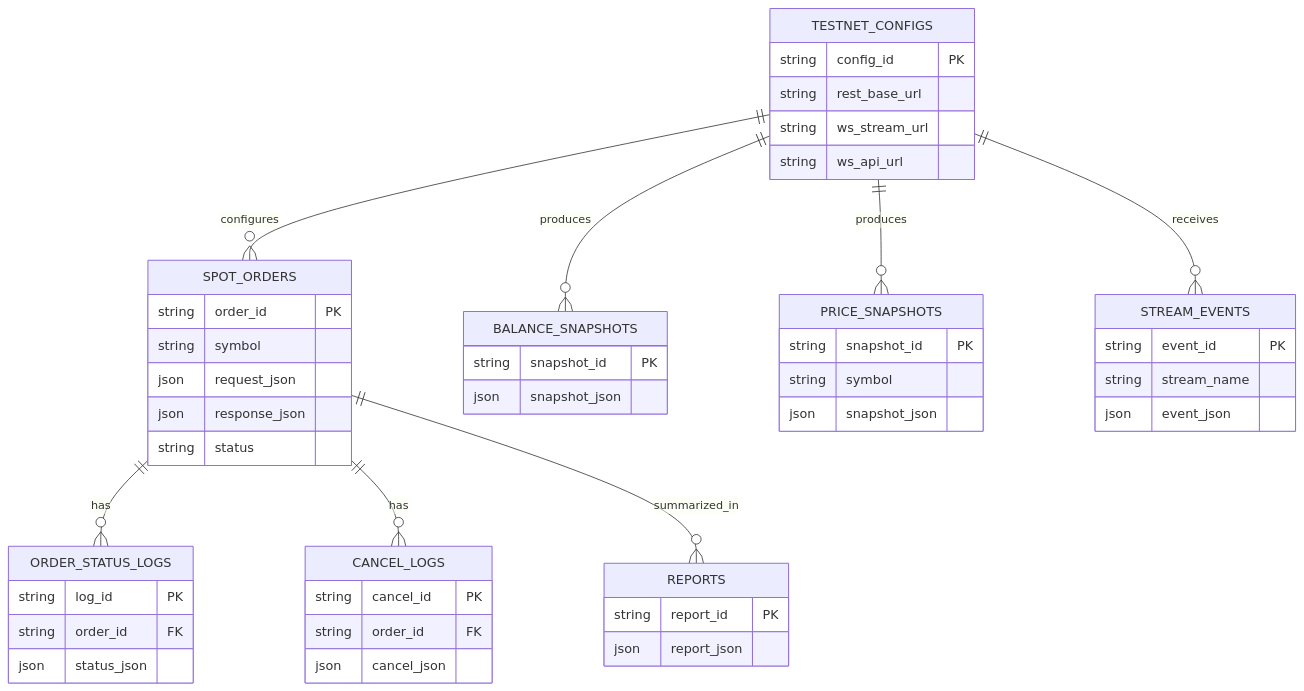
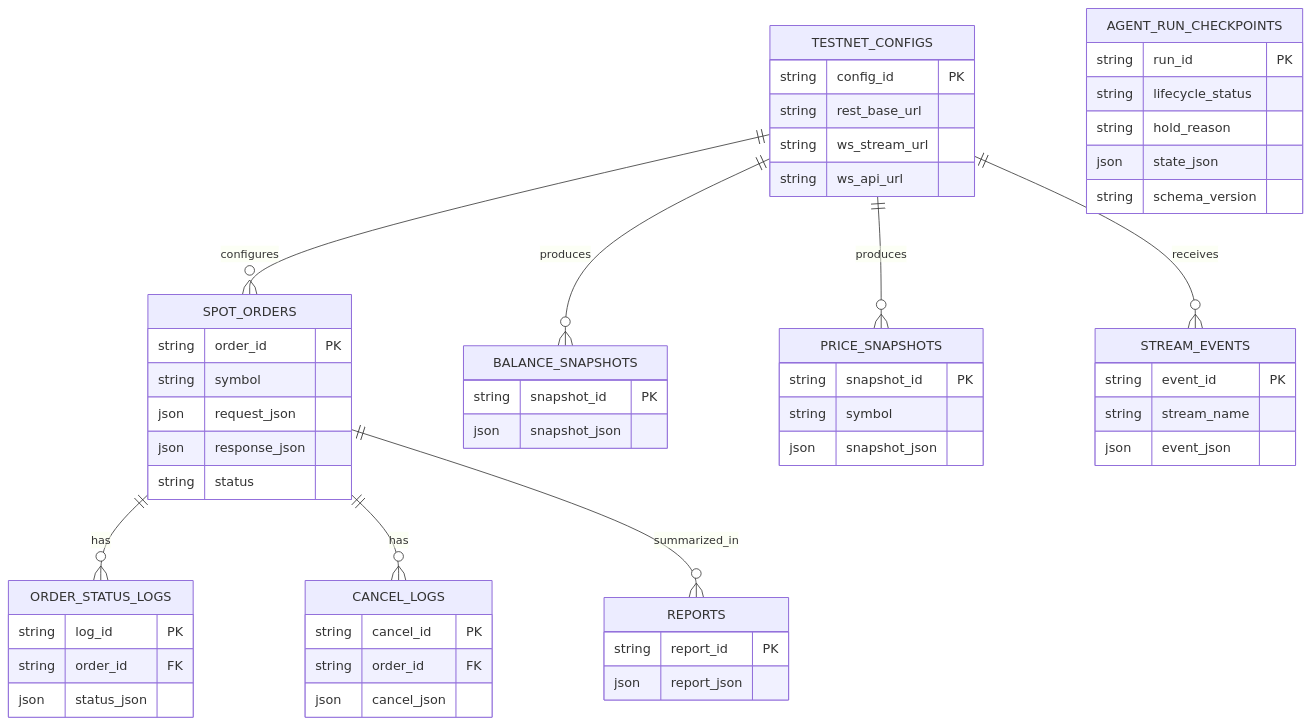
The diagram in DATA.md (UpstageAI/sw-maestro-project), drawn with Mermaid before and after one commit. The commit also changed other lines of this file and 8 other files, not shown here.

````diff
--- a/DATA.md
+++ b/DATA.md
@@ -471,52 +551,59 @@
 ```mermaid
 erDiagram
     TESTNET_CONFIGS ||--o{ SPOT_ORDERS : configures
     SPOT_ORDERS ||--o{ ORDER_STATUS_LOGS : has
     SPOT_ORDERS ||--o{ CANCEL_LOGS : has
     TESTNET_CONFIGS ||--o{ BALANCE_SNAPSHOTS : produces
     TESTNET_CONFIGS ||--o{ PRICE_SNAPSHOTS : produces
     TESTNET_CONFIGS ||--o{ STREAM_EVENTS : receives
     SPOT_ORDERS ||--o{ REPORTS : summarized_in
 
     TESTNET_CONFIGS {
       string config_id PK
       string rest_base_url
       string ws_stream_url
       string ws_api_url
     }
     SPOT_ORDERS {
       string order_id PK
       string symbol
       json request_json
       json response_json
       string status
     }
     ORDER_STATUS_LOGS {
       string log_id PK
       string order_id FK
       json status_json
     }
     CANCEL_LOGS {
       string cancel_id PK
       string order_id FK
       json cancel_json
     }
     BALANCE_SNAPSHOTS {
       string snapshot_id PK
       json snapshot_json
     }
     PRICE_SNAPSHOTS {
       string snapshot_id PK
       string symbol
       json snapshot_json
     }
     STREAM_EVENTS {
       string event_id PK
       string stream_name
       json event_json
     }
     REPORTS {
       string report_id PK
       json report_json
     }
+    AGENT_RUN_CHECKPOINTS {
+      string run_id PK
+      string lifecycle_status
+      string hold_reason
+      json state_json
+      string schema_version
+    }
 ```
````
